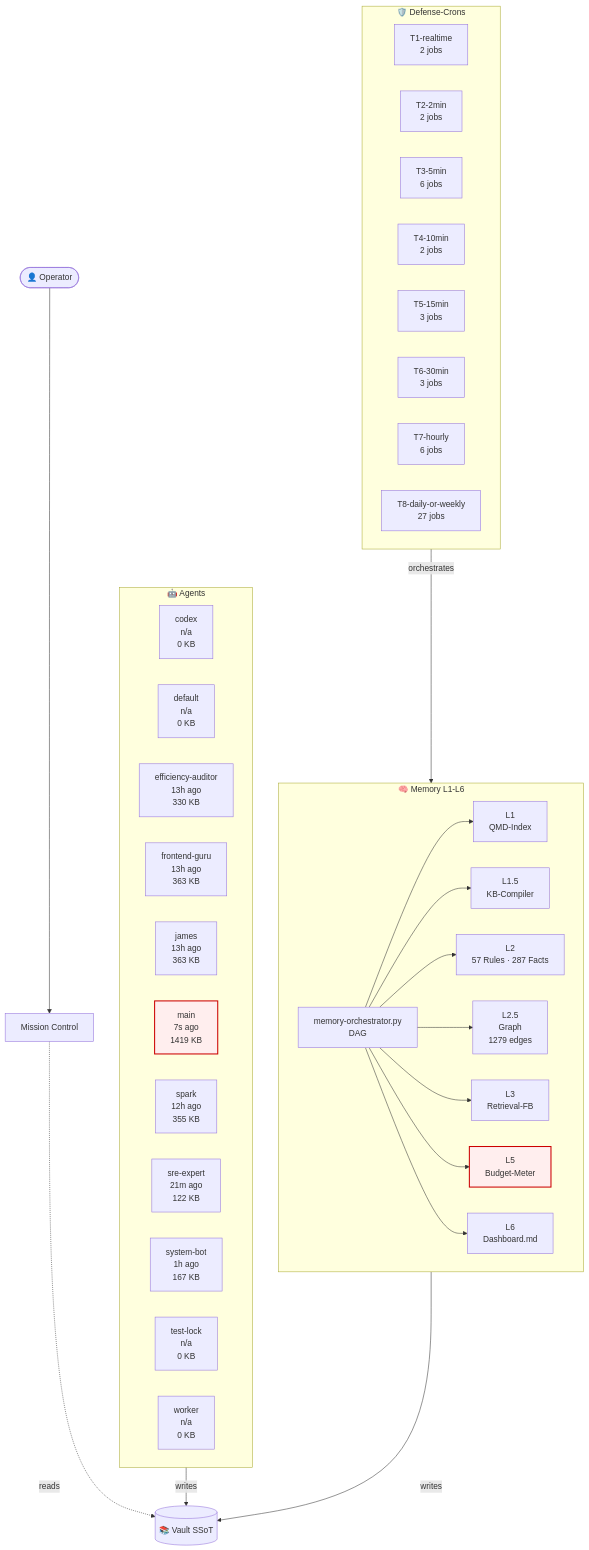
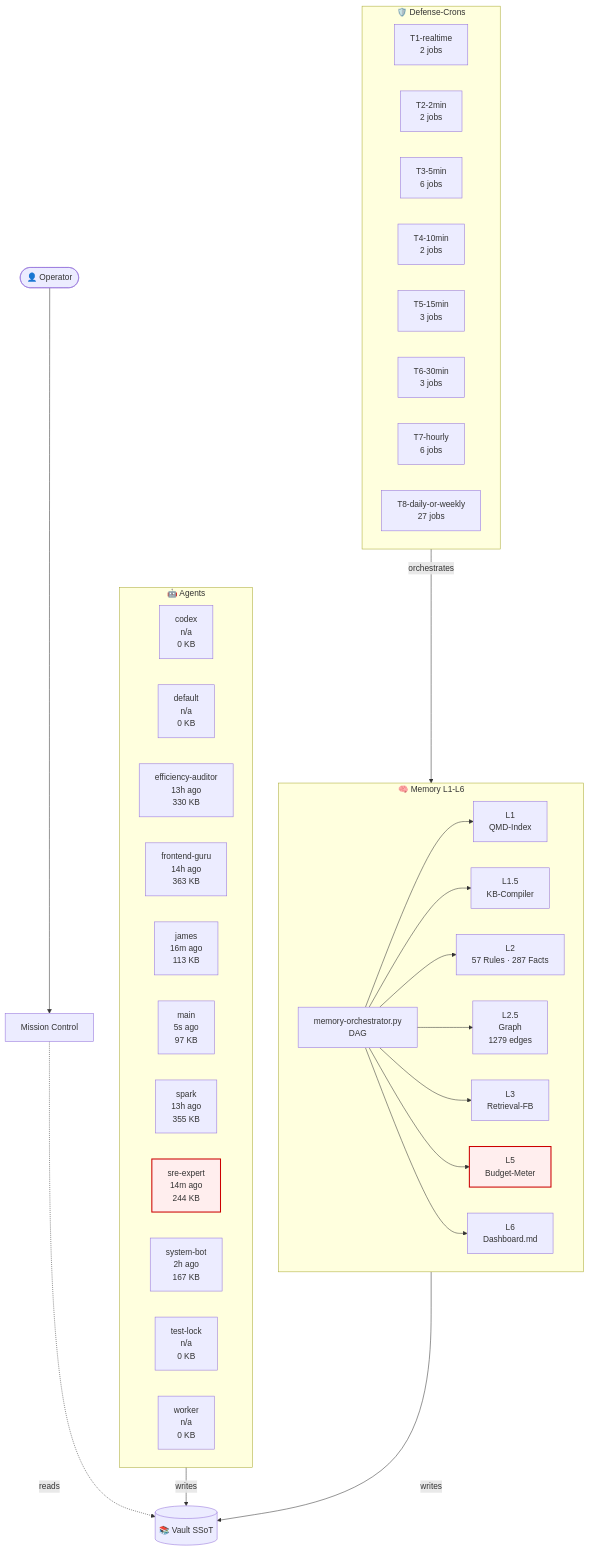
One commit to lenardhuebner88-rgb/openclaw-memory changed the diagram in 03-Agents/architecture-live.md. Above: the diagram before and after it, drawn with Mermaid. The commit also changed other lines of this file and 16 other files, not shown here.

````diff
--- a/03-Agents/architecture-live.md
+++ b/03-Agents/architecture-live.md
@@ -18,54 +18,54 @@
 ```mermaid
 flowchart TB
     classDef critical fill:#fee,stroke:#c00,stroke-width:2px;
     subgraph AGT["🤖 Agents"]
         agent_codex["codex<br/>n/a<br/>0 KB"]
         agent_default["default<br/>n/a<br/>0 KB"]
         agent_efficiency_auditor["efficiency-auditor<br/>13h ago<br/>330 KB"]
-        agent_frontend_guru["frontend-guru<br/>13h ago<br/>363 KB"]
-        agent_james["james<br/>13h ago<br/>363 KB"]
-        agent_main["main<br/>7s ago<br/>1419 KB"]
-        agent_spark["spark<br/>12h ago<br/>355 KB"]
-        agent_sre_expert["sre-expert<br/>21m ago<br/>122 KB"]
-        agent_system_bot["system-bot<br/>1h ago<br/>167 KB"]
+        agent_frontend_guru["frontend-guru<br/>14h ago<br/>363 KB"]
+        agent_james["james<br/>16m ago<br/>113 KB"]
+        agent_main["main<br/>5s ago<br/>97 KB"]
+        agent_spark["spark<br/>13h ago<br/>355 KB"]
+        agent_sre_expert["sre-expert<br/>14m ago<br/>244 KB"]
+        agent_system_bot["system-bot<br/>2h ago<br/>167 KB"]
         agent_test_lock["test-lock<br/>n/a<br/>0 KB"]
         agent_worker["worker<br/>n/a<br/>0 KB"]
     end
     subgraph MEM["🧠 Memory L1-L6"]
         L1["L1<br/>QMD-Index"]
         L15["L1.5<br/>KB-Compiler"]
         L2["L2<br/>57 Rules · 287 Facts"]
         L25["L2.5<br/>Graph<br/>1279 edges"]
         L3["L3<br/>Retrieval-FB"]
         L5["L5<br/>Budget-Meter"]
         L6["L6<br/>Dashboard.md"]
         ORCH["memory-orchestrator.py<br/>DAG"]
     end
     subgraph CRN["🛡️ Defense-Crons"]
         tier_T1_realtime["T1-realtime<br/>2 jobs"]
         tier_T2_2min["T2-2min<br/>2 jobs"]
         tier_T3_5min["T3-5min<br/>6 jobs"]
         tier_T4_10min["T4-10min<br/>2 jobs"]
         tier_T5_15min["T5-15min<br/>3 jobs"]
         tier_T6_30min["T6-30min<br/>3 jobs"]
         tier_T7_hourly["T7-hourly<br/>6 jobs"]
         tier_T8_daily_or_weekly["T8-daily-or-weekly<br/>27 jobs"]
     end
     VAULT[("📚 Vault SSoT")]
     OP([👤 Operator])
     MC["Mission Control"]
     OP --> MC
     MC -.reads.-> VAULT
     AGT -->|writes| VAULT
     MEM -->|writes| VAULT
     ORCH --> L1
     ORCH --> L15
     ORCH --> L2
     ORCH --> L25
     ORCH --> L3
     ORCH --> L5
     ORCH --> L6
     CRN -->|orchestrates| MEM
     class L5 critical
-    class agent_main critical
+    class agent_sre_expert critical
 ```
````
